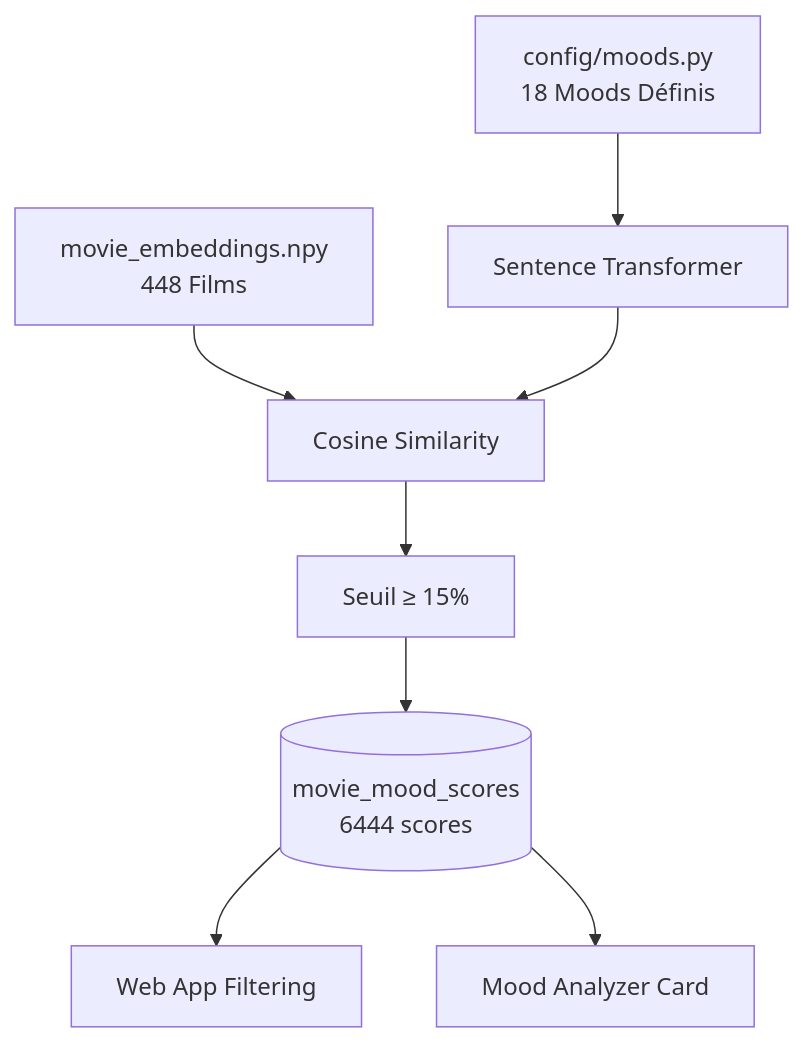
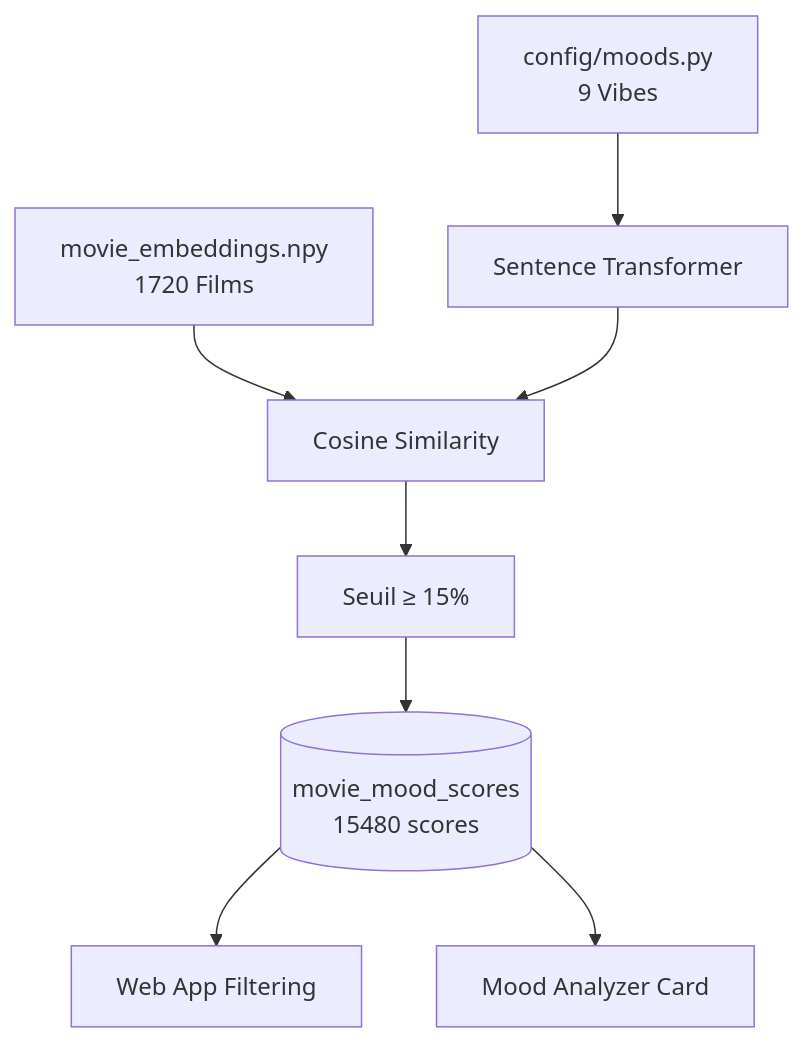
The diagram in doc/ml/pipelines/05-build-mood-scores.md (PierreAbeille/Apollo), drawn with Mermaid before and after one commit. The commit also changed other lines of this file and 1 other file, not shown here.

Commit message:
feat: Introduce the Vibes System with 9 refined mood categories and detailed frontend score conversion logic.

````diff
--- a/doc/ml/pipelines/05-build-mood-scores.md
+++ b/doc/ml/pipelines/05-build-mood-scores.md
@@ -20,10 +29,10 @@
 ```mermaid
 flowchart TD
-    A[config/moods.py<br/>18 Moods Définis] --> B[Sentence Transformer]
-    C[movie_embeddings.npy<br/>448 Films] --> D[Cosine Similarity]
+    A[config/moods.py<br/>9 Vibes] --> B[Sentence Transformer]
+    C[movie_embeddings.npy<br/>1720 Films] --> D[Cosine Similarity]
     B --> D
     D --> E[Seuil ≥ 15%]
-    E --> F[(movie_mood_scores<br/>6444 scores)]
+    E --> F[(movie_mood_scores<br/>15480 scores)]
     F --> G[Web App Filtering]
     F --> H[Mood Analyzer Card]
 ```
````
